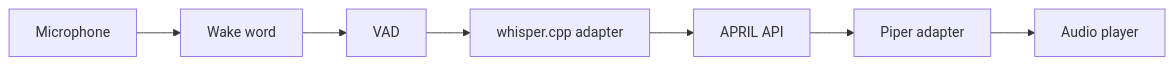
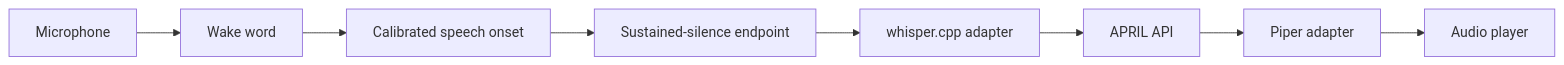
The diagram in docs/voice-design.md (Demonhari/april), drawn with Mermaid before and after one commit. The commit also changed other lines of this file and 31 other files, not shown here.

````diff
--- a/docs/voice-design.md
+++ b/docs/voice-design.md
@@ -7,9 +7,10 @@
 ```mermaid
 flowchart LR
   Mic[Microphone] --> Wake[Wake word]
-  Wake --> VAD[VAD]
-  VAD --> STT[whisper.cpp adapter]
+  Wake --> Onset[Calibrated speech onset]
+  Onset --> Endpoint[Sustained-silence endpoint]
+  Endpoint --> STT[whisper.cpp adapter]
   STT --> API[APRIL API]
   API --> TTS[Piper adapter]
   TTS --> Speaker[Audio player]
 ```
````
